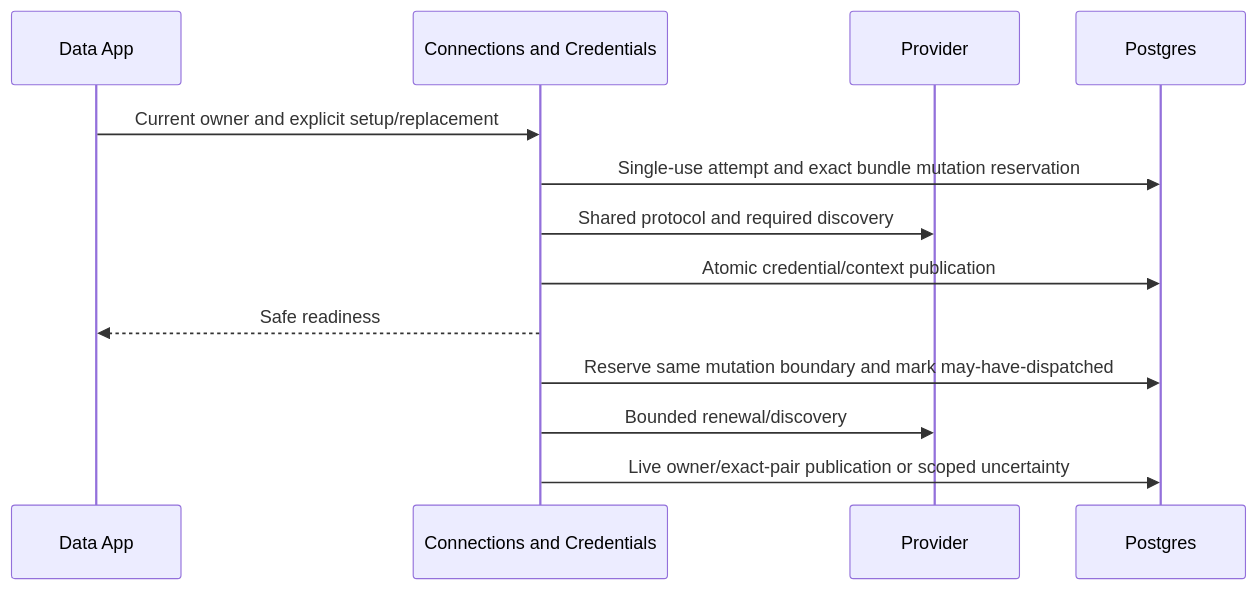
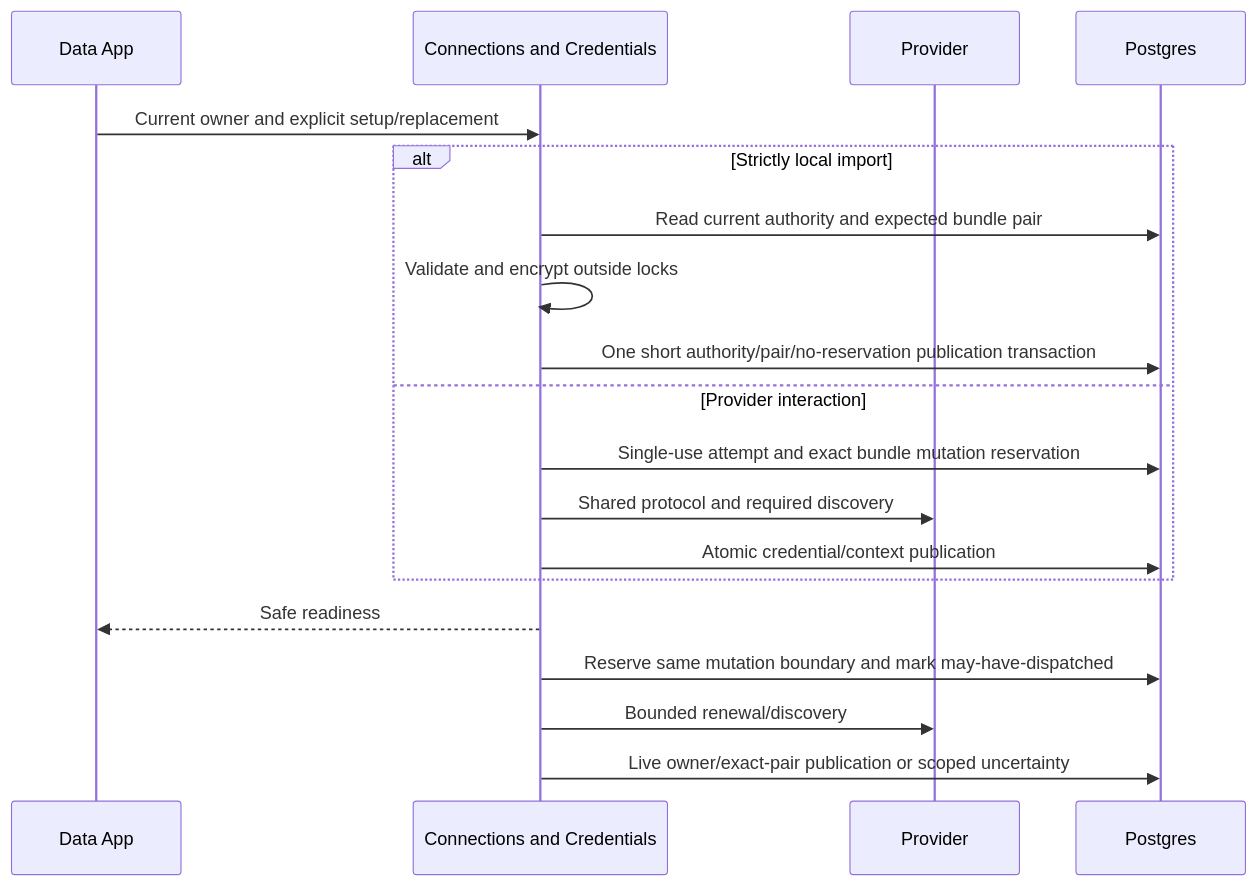
Before and after one commit to ahillspace/tableau-data-app-service: the second of 7 diagrams in planning/data-flows.md, drawn with Mermaid. The commit also changed other lines of this file and 18 other files, not shown here.

Commit message:
Refine local credential publication and optional execution contracts

````diff
--- a/planning/data-flows.md
+++ b/planning/data-flows.md
@@ -50,15 +50,21 @@
 ```mermaid
 sequenceDiagram
   participant App as Data App
   participant API as Connections and Credentials
   participant P as Provider
   participant DB as Postgres
   App->>API: Current owner and explicit setup/replacement
-  API->>DB: Single-use attempt and exact bundle mutation reservation
-  API->>P: Shared protocol and required discovery
-  API->>DB: Atomic credential/context publication
+  alt Strictly local import
+    API->>DB: Read current authority and expected bundle pair
+    API->>API: Validate and encrypt outside locks
+    API->>DB: One short authority/pair/no-reservation publication transaction
+  else Provider interaction
+    API->>DB: Single-use attempt and exact bundle mutation reservation
+    API->>P: Shared protocol and required discovery
+    API->>DB: Atomic credential/context publication
+  end
   API-->>App: Safe readiness
   API->>DB: Reserve same mutation boundary and mark may-have-dispatched
   API->>P: Bounded renewal/discovery
   API->>DB: Live owner/exact-pair publication or scoped uncertainty
 ```
````
